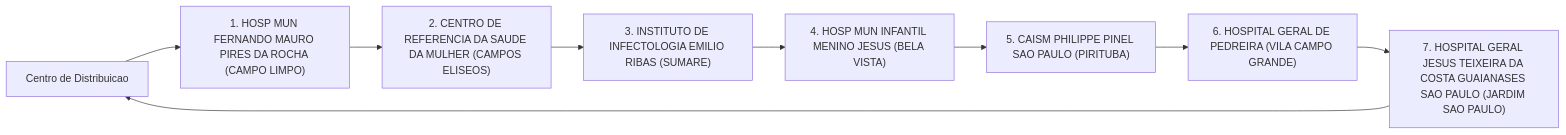
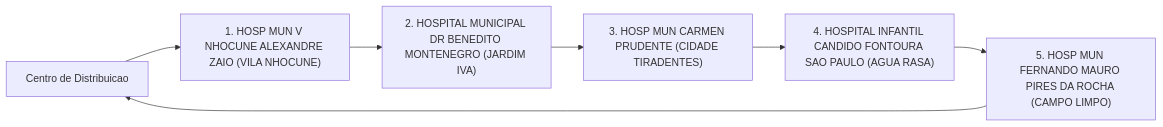
Before and after one commit to victorldomingues/pos_fiap_ia_fase2_tech_challenge: the first of 11 diagrams in tsp/output/instrucoes_motoristas.md, drawn with Mermaid. The commit also changed other lines of this file and 6 other files, not shown here.

````diff
--- a/tsp/output/instrucoes_motoristas.md
+++ b/tsp/output/instrucoes_motoristas.md
@@ -49,19 +49,15 @@
 ```mermaid
 flowchart LR
     deposito["Centro de Distribuicao"]
-    parada_1["1. HOSP MUN FERNANDO MAURO PIRES DA ROCHA (CAMPO LIMPO)"]
+    parada_1["1. HOSP MUN V NHOCUNE ALEXANDRE ZAIO (VILA NHOCUNE)"]
     deposito --> parada_1
-    parada_2["2. CENTRO DE REFERENCIA DA SAUDE DA MULHER (CAMPOS ELISEOS)"]
+    parada_2["2. HOSPITAL MUNICIPAL DR BENEDITO MONTENEGRO (JARDIM IVA)"]
     parada_1 --> parada_2
-    parada_3["3. INSTITUTO DE INFECTOLOGIA EMILIO RIBAS (SUMARE)"]
+    parada_3["3. HOSP MUN CARMEN PRUDENTE (CIDADE TIRADENTES)"]
     parada_2 --> parada_3
-    parada_4["4. HOSP MUN INFANTIL MENINO JESUS (BELA VISTA)"]
+    parada_4["4. HOSPITAL INFANTIL CANDIDO FONTOURA SAO PAULO (AGUA RASA)"]
     parada_3 --> parada_4
-    parada_5["5. CAISM PHILIPPE PINEL SAO PAULO (PIRITUBA)"]
+    parada_5["5. HOSP MUN FERNANDO MAURO PIRES DA ROCHA (CAMPO LIMPO)"]
     parada_4 --> parada_5
-    parada_6["6. HOSPITAL GERAL DE PEDREIRA (VILA CAMPO GRANDE)"]
-    parada_5 --> parada_6
-    parada_7["7. HOSPITAL GERAL JESUS TEIXEIRA DA COSTA GUAIANASES SAO PAULO (JARDIM SAO PAULO)"]
-    parada_6 --> parada_7
-    parada_7 --> deposito
+    parada_5 --> deposito
 ```
````
